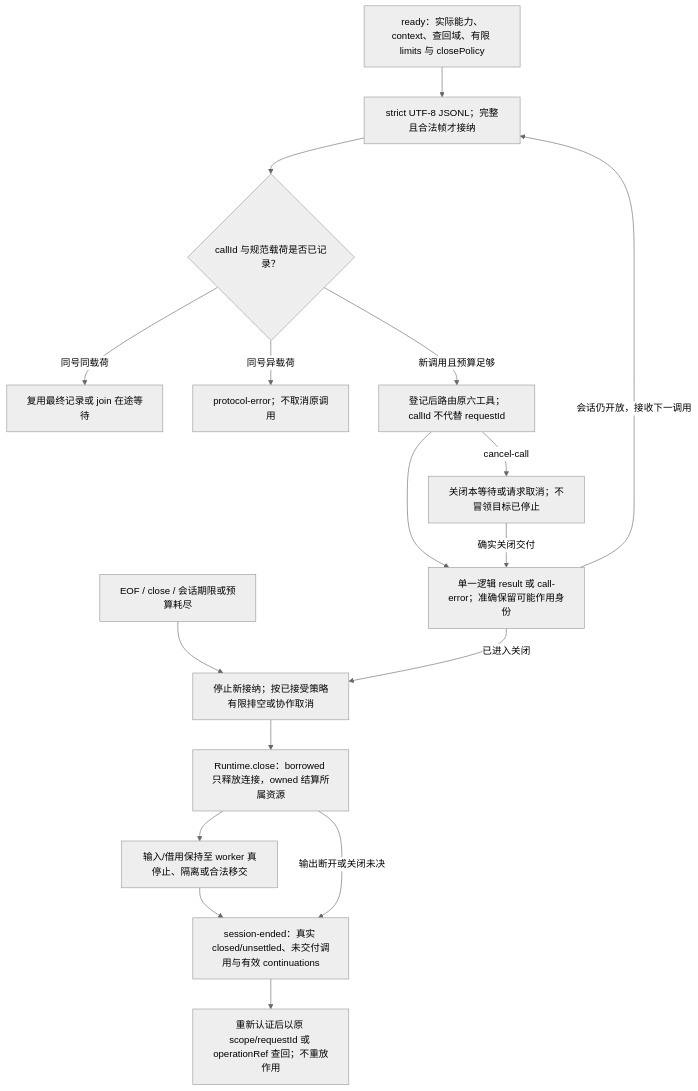
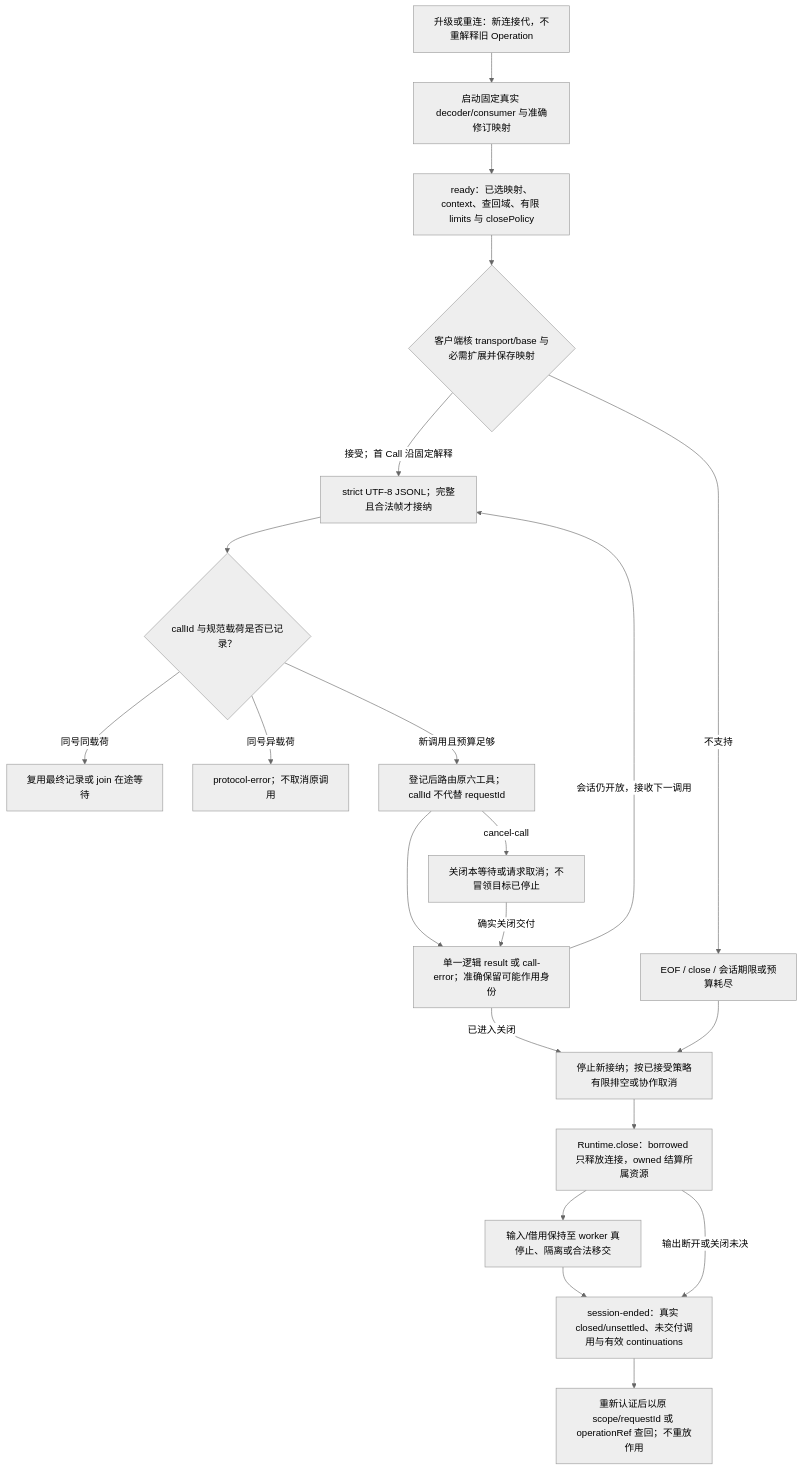
One commit to sec-platform/sec changed the second of 2 diagrams in docs/开发/工具协议/客户端与并行会话.md. Above: the diagram before and after it, drawn with Mermaid (neutral theme). The commit also changed other lines of this file and 88 other files, not shown here.

````diff
--- a/docs/开发/工具协议/客户端与并行会话.md
+++ b/docs/开发/工具协议/客户端与并行会话.md
@@ -213,19 +223,23 @@
 ```mermaid
 flowchart TD
-  ready["ready：实际能力、context、查回域、有限 limits 与 closePolicy"] --> frame["strict UTF-8 JSONL；完整且合法帧才接纳"]
+  bind["启动固定真实 decoder/consumer 与准确修订映射"] --> ready["ready：已选映射、context、查回域、有限 limits 与 closePolicy"]
+  ready --> accepted{"客户端核 transport/base 与必需扩展并保存映射"}
+  accepted -->|接受；首 Call 沿固定解释| frame["strict UTF-8 JSONL；完整且合法帧才接纳"]
+  accepted -->|不支持| eof
+  changed["升级或重连：新连接代，不重解释旧 Operation"] --> bind
   frame --> id{"callId 与规范载荷是否已记录？"}
   id -->|同号同载荷| join["复用最终记录或 join 在途等待"]
   id -->|同号异载荷| protocol["protocol-error；不取消原调用"]
   id -->|新调用且预算足够| dispatch["登记后路由原六工具；callId 不代替 requestId"]
   dispatch --> final["单一逻辑 result 或 call-error；准确保留可能作用身份"]
   dispatch -->|cancel-call| wait["关闭本等待或请求取消；不冒领目标已停止"]
   wait -->|确实关闭交付| final
   eof["EOF / close / 会话期限或预算耗尽"] --> admission["停止新接纳；按已接受策略有限排空或协作取消"]
   admission --> runtime["Runtime.close：borrowed 只释放连接，owned 结算所属资源"]
   runtime --> held["输入/借用保持至 worker 真停止、隔离或合法移交"]
   held --> ended["session-ended：真实 closed/unsettled、未交付调用与有效 continuations"]
   final -->|会话仍开放，接收下一调用| frame
   final -->|已进入关闭| admission
   runtime -->|输出断开或关闭未决| ended
   ended --> lookup["重新认证后以原 scope/requestId 或 operationRef 查回；不重放作用"]
 ```
````
